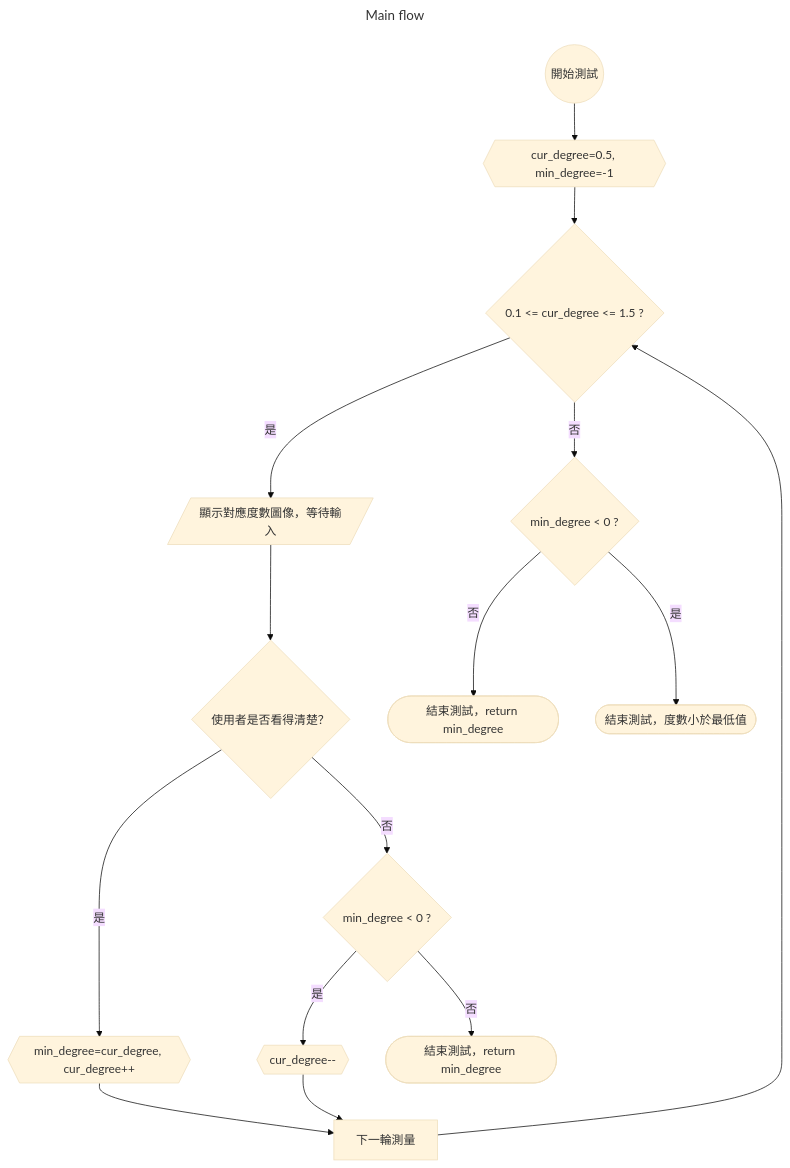
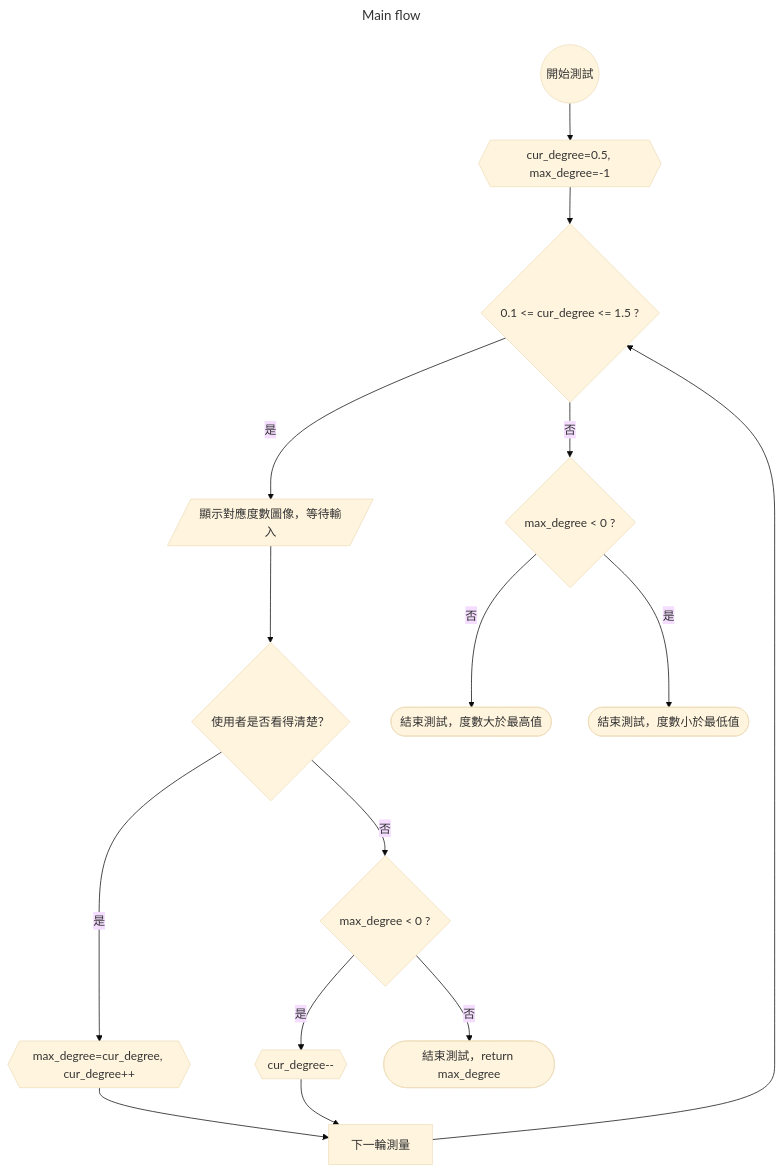
The diagram in README.md (sunnyshoun/2025-Medical-System-Project), drawn with Mermaid (base theme) before and after one commit. The commit also changed 7 other files, not shown here.

Commit message:
create main flow

````diff
--- a/README.md
+++ b/README.md
@@ -11,33 +11,33 @@
 ```mermaid
 ---
 title: Main flow
 ---
 flowchart TD
     set0((開始測試))
-    set1{{cur_degree=0.5, min_degree=-1}}
+    set1{{cur_degree=0.5, max_degree=-1}}
     act0{0.1 <= cur_degree <= 1.5 ?}
-    end1{min_degree < 0 ?}
+    end1{max_degree < 0 ?}
     act1[/顯示對應度數圖像，等待輸入/]
     act2{使用者是否看得清楚？}
-    act3{{min_degree=cur_degree, cur_degree++}}
-    act4{min_degree < 0 ?}
+    act3{{max_degree=cur_degree, cur_degree++}}
+    act4{max_degree < 0 ?}
     act5{{cur_degree--}}
-    end2([結束測試，return min_degree])
+    end2([結束測試，度數大於最高值])
     end3([結束測試，度數小於最低值])
-    end4([結束測試，return min_degree])
+    end4([結束測試，return max_degree])
     iter[下一輪測量]
     act3 --> iter
     set0 --> set1
     set1 --> act0
     act0 -- 否 --> end1
     end1 -- 否 --> end2
     end1 -- 是 --> end3
     act0 -- 是 --> act1
     act1 --> act2
     act2 -- 否 --> act4
     act2 -- 是 --> act3
     act4 -- 否 --> end4
     act4 -- 是 --> act5
     act5 --> iter
     iter --> act0
 ```
````
